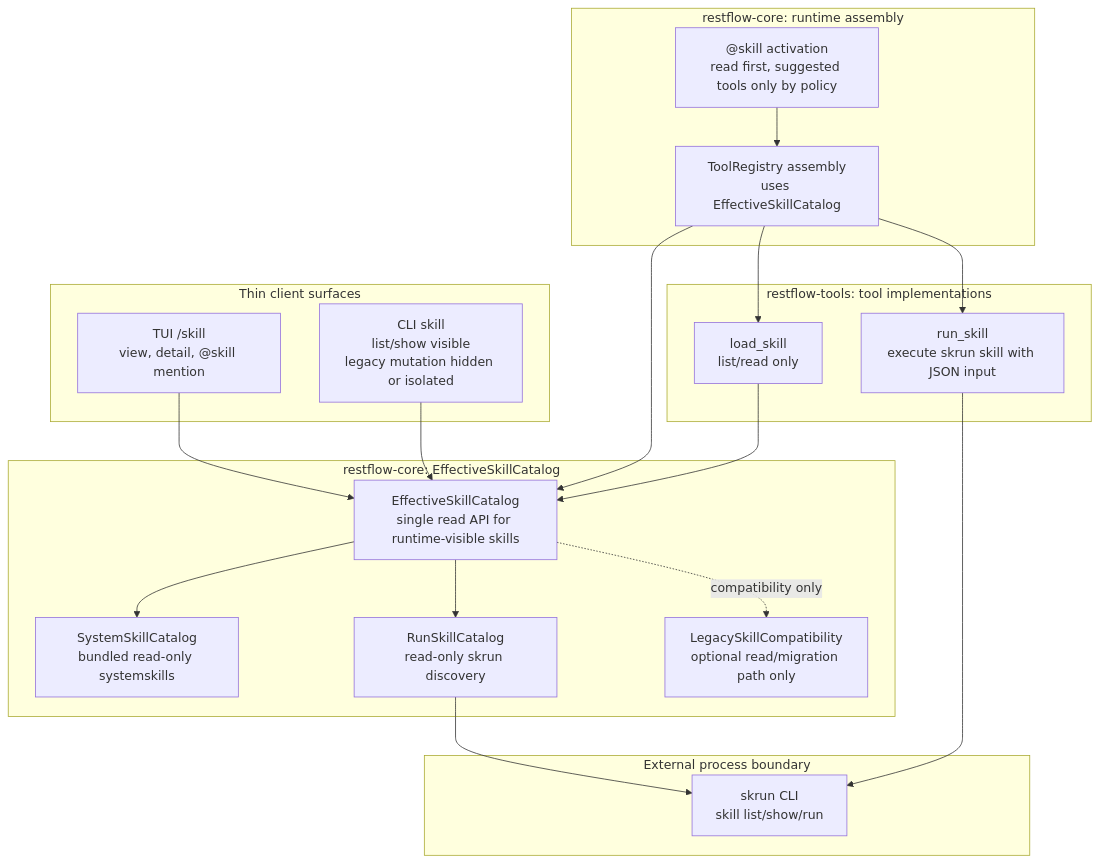
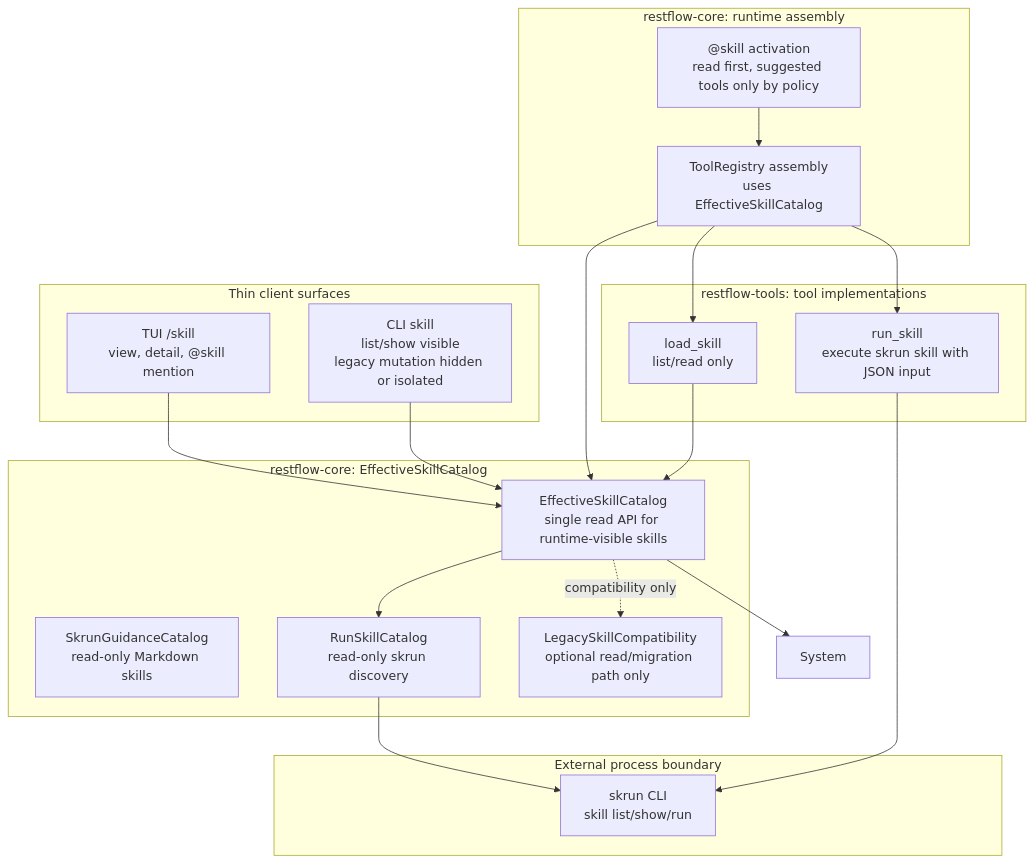
Before and after one commit to lhwzds/restflow: the third of 7 diagrams in CURRENT_BRANCH_SIMPLIFICATION_DIAGRAMS.md, drawn with Mermaid. The commit also changed other lines of this file and 55 other files, not shown here.

Commit message:
refactor(skills): remove storage-backed catalog

````diff
--- a/CURRENT_BRANCH_SIMPLIFICATION_DIAGRAMS.md
+++ b/CURRENT_BRANCH_SIMPLIFICATION_DIAGRAMS.md
@@ -110,44 +105,44 @@
 ```mermaid
 flowchart TD
     subgraph CLIENTS["Thin client surfaces"]
         TUI["TUI /skill\nview, detail, @skill mention"]
         CLI["CLI skill\nlist/show visible\nlegacy mutation hidden or isolated"]
     end
 
     subgraph CORE_CATALOG["restflow-core: EffectiveSkillCatalog"]
         Effective["EffectiveSkillCatalog\nsingle read API for runtime-visible skills"]
-        System["SystemSkillCatalog\nbundled read-only systemskills"]
+        Guidance["SkrunGuidanceCatalog\nread-only Markdown skills"]
         Skrun["RunSkillCatalog\nread-only skrun discovery"]
         Legacy["LegacySkillCompatibility\noptional read/migration path only"]
     end
 
     subgraph CORE_RUNTIME["restflow-core: runtime assembly"]
         Runtime["ToolRegistry assembly\nuses EffectiveSkillCatalog"]
         Mention["@skill activation\nread first, suggested tools only by policy"]
     end
 
     subgraph TOOL_BOUNDARY["restflow-tools: tool implementations"]
         LoadSkill["load_skill\nlist/read only"]
         RunSkrun["run_skill\nexecute skrun skill with JSON input"]
     end
 
     subgraph EXTERNAL["External process boundary"]
         SkrunCli["skrun CLI\nskill list/show/run"]
     end
 
     TUI --> Effective
     CLI --> Effective
 
     Effective --> System
     Effective --> Skrun
     Effective -. compatibility only .-> Legacy
 
     Runtime --> Effective
     Runtime --> LoadSkill
     Runtime --> RunSkrun
     Mention --> Runtime
 
     LoadSkill --> Effective
     Skrun --> SkrunCli
     RunSkrun --> SkrunCli
 ```
````
